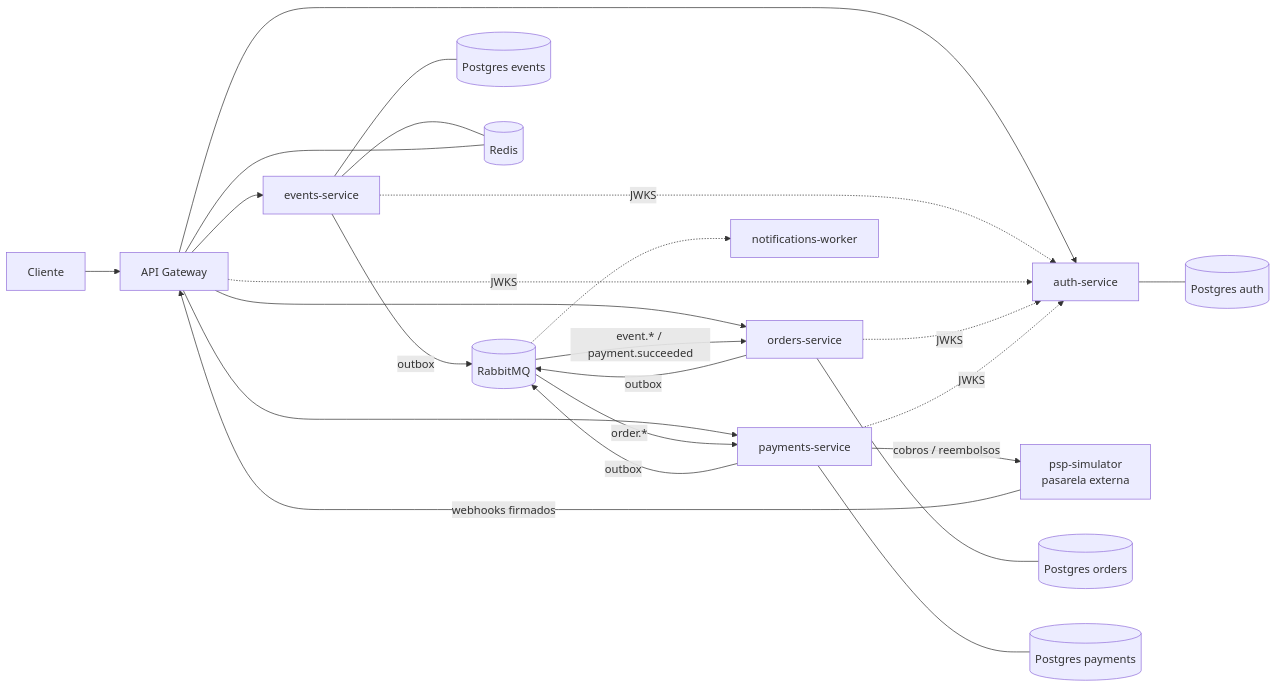
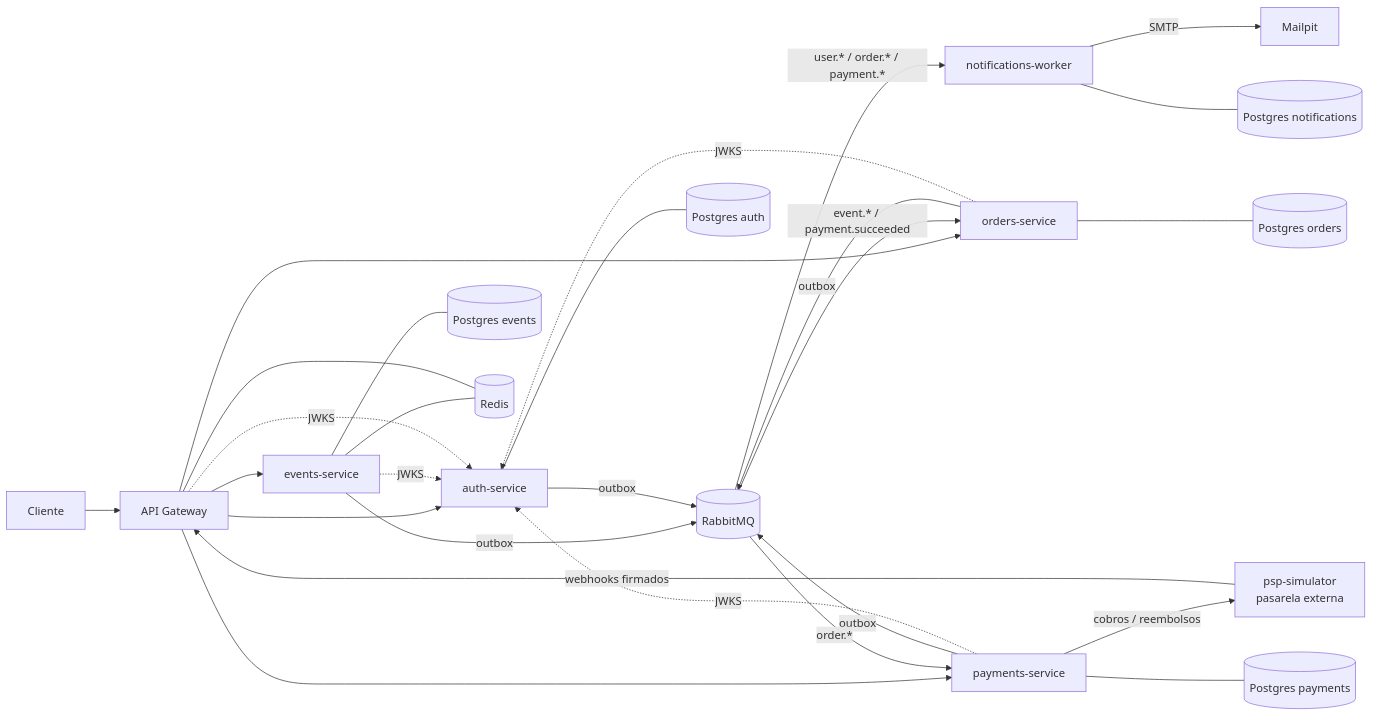
Before and after one commit to Brun02005/ticketflow: the first of 2 diagrams in README.md, drawn with Mermaid. The commit also changed other lines of this file and 38 other files, not shown here.

First line of the commit message:
Fase 5: notifications-worker con entradas QR y reintentos persistentes

````diff
--- a/README.md
+++ b/README.md
@@ -11,26 +11,29 @@
 ```mermaid
 flowchart LR
     C[Cliente] --> GW[API Gateway]
     GW --> AUTH[auth-service]
     GW --> EV[events-service]
     GW --> ORD[orders-service]
     GW --> PAY[payments-service]
     EV -- outbox --> MQ[(RabbitMQ)]
     ORD -- outbox --> MQ
     PAY -- outbox --> MQ
     MQ -- event.* / payment.succeeded --> ORD
     MQ -- order.* --> PAY
-    MQ -.-> NOT[notifications-worker]
+    AUTH -- outbox --> MQ
+    MQ -- user.* / order.* / payment.* --> NOT[notifications-worker]
+    NOT -- SMTP --> MAIL[Mailpit]
     PAY -- cobros / reembolsos --> PSP[psp-simulator<br/>pasarela externa]
     PSP -- webhooks firmados --> GW
     AUTH --- PGA[(Postgres auth)]
     EV --- PGE[(Postgres events)]
     ORD --- PGO[(Postgres orders)]
     PAY --- PGP[(Postgres payments)]
     EV --- R[(Redis)]
     GW --- R
     EV -. JWKS .-> AUTH
     GW -. JWKS .-> AUTH
     ORD -. JWKS .-> AUTH
     PAY -. JWKS .-> AUTH
+    NOT --- PGN[(Postgres notifications)]
 ```
````
